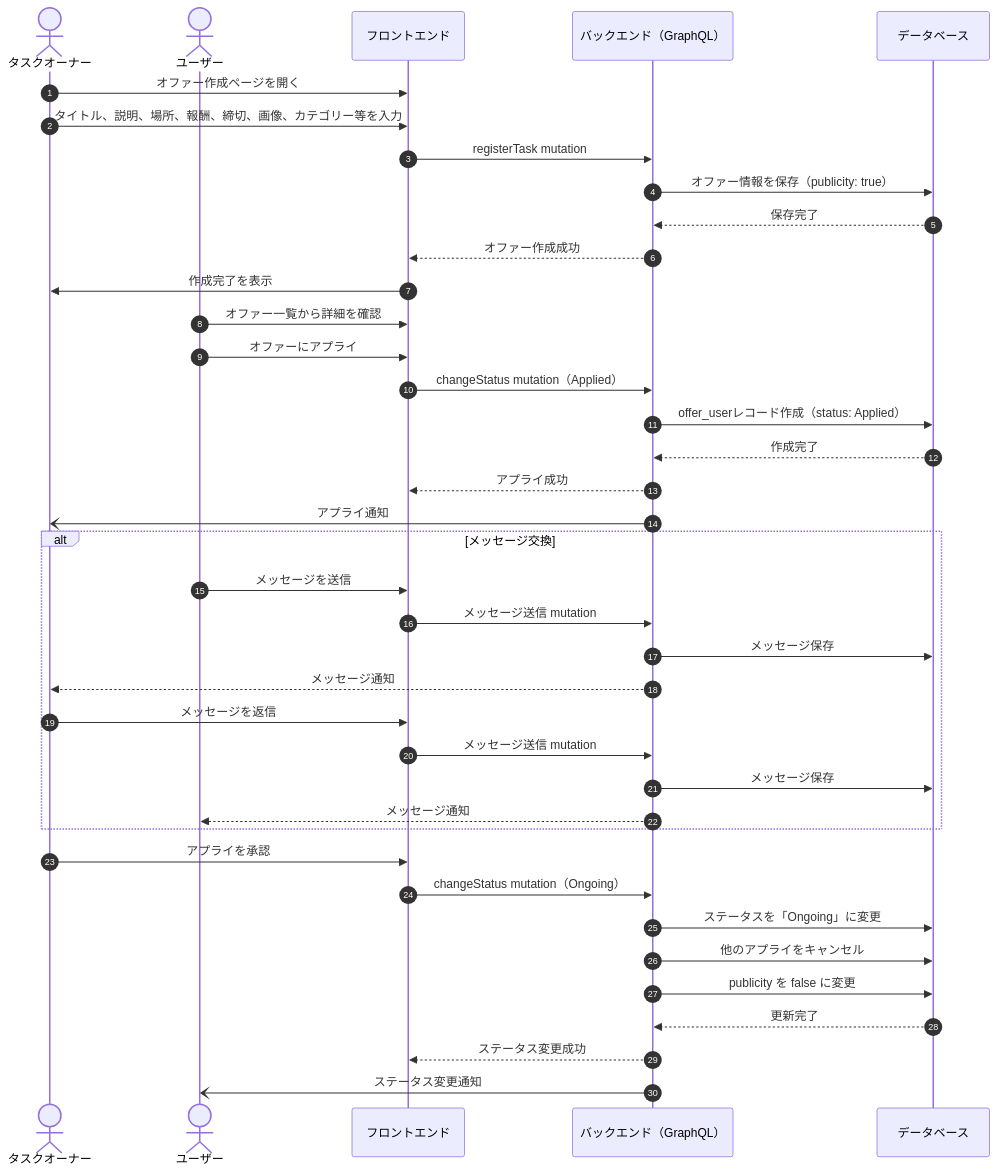
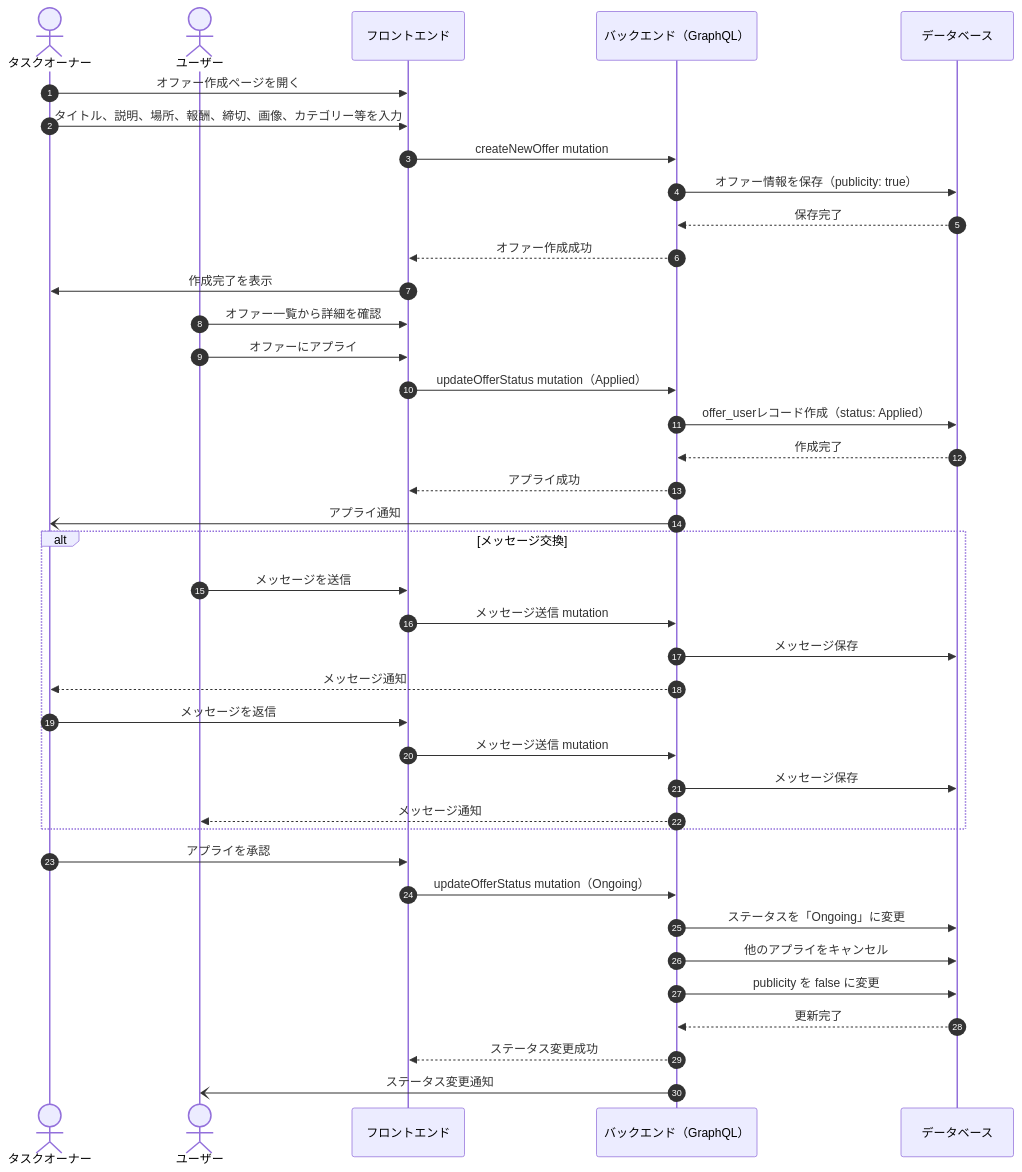
One commit to sc-hosokawa/frienda changed the ninth of 13 diagrams in docs/sequence-diagrams.md. Above: the diagram before and after it, drawn with Mermaid. The commit also changed other lines of this file, not shown here.

Commit message:
docs: タスクマッチングのGraphQL mutation名をスキーマに合わせて修正
- registerTask → createNewOffer
- changeStatus（Applied/Ongoing/Finished） → updateOfferStatus

````diff
--- a/docs/sequence-diagrams.md
+++ b/docs/sequence-diagrams.md
@@ -383,50 +383,50 @@
 ```mermaid
 sequenceDiagram
     autonumber
 
     actor オーナー as タスクオーナー
     actor ユーザー
     participant フロントエンド
     participant バックエンド as バックエンド（GraphQL）
     participant データベース
 
     %% タスク（オファー）公開
     オーナー->>フロントエンド: オファー作成ページを開く
     オーナー->>フロントエンド: タイトル、説明、場所、報酬、締切、画像、カテゴリー等を入力
-    フロントエンド->>バックエンド: registerTask mutation
+    フロントエンド->>バックエンド: createNewOffer mutation
     バックエンド->>データベース: オファー情報を保存（publicity: true）
     データベース-->>バックエンド: 保存完了
     バックエンド-->>フロントエンド: オファー作成成功
     フロントエンド->>オーナー: 作成完了を表示
 
     %% ユーザーがアプライ
     ユーザー->>フロントエンド: オファー一覧から詳細を確認
     ユーザー->>フロントエンド: オファーにアプライ
-    フロントエンド->>バックエンド: changeStatus mutation（Applied）
+    フロントエンド->>バックエンド: updateOfferStatus mutation（Applied）
     バックエンド->>データベース: offer_userレコード作成（status: Applied）
     データベース-->>バックエンド: 作成完了
     バックエンド-->>フロントエンド: アプライ成功
     バックエンド-)オーナー: アプライ通知
 
     %% メッセージ交換
     alt メッセージ交換
         ユーザー->>フロントエンド: メッセージを送信
         フロントエンド->>バックエンド: メッセージ送信 mutation
         バックエンド->>データベース: メッセージ保存
         バックエンド-->>オーナー: メッセージ通知
         オーナー->>フロントエンド: メッセージを返信
         フロントエンド->>バックエンド: メッセージ送信 mutation
         バックエンド->>データベース: メッセージ保存
         バックエンド-->>ユーザー: メッセージ通知
     end
 
     %% オーナーが承認 → Ongoing
     オーナー->>フロントエンド: アプライを承認
-    フロントエンド->>バックエンド: changeStatus mutation（Ongoing）
+    フロントエンド->>バックエンド: updateOfferStatus mutation（Ongoing）
     バックエンド->>データベース: ステータスを「Ongoing」に変更
     バックエンド->>データベース: 他のアプライをキャンセル
     バックエンド->>データベース: publicity を false に変更
     データベース-->>バックエンド: 更新完了
     バックエンド-->>フロントエンド: ステータス変更成功
     バックエンド-)ユーザー: ステータス変更通知
 ```
````
